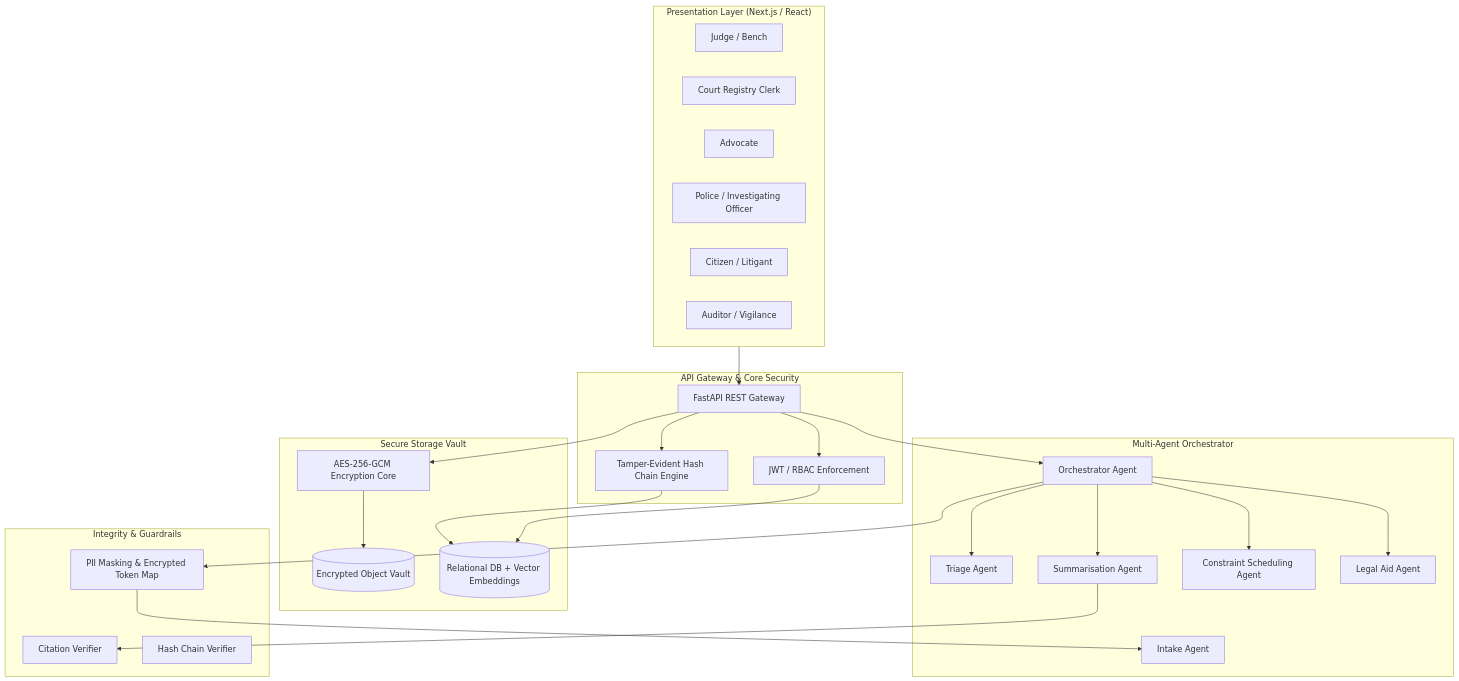
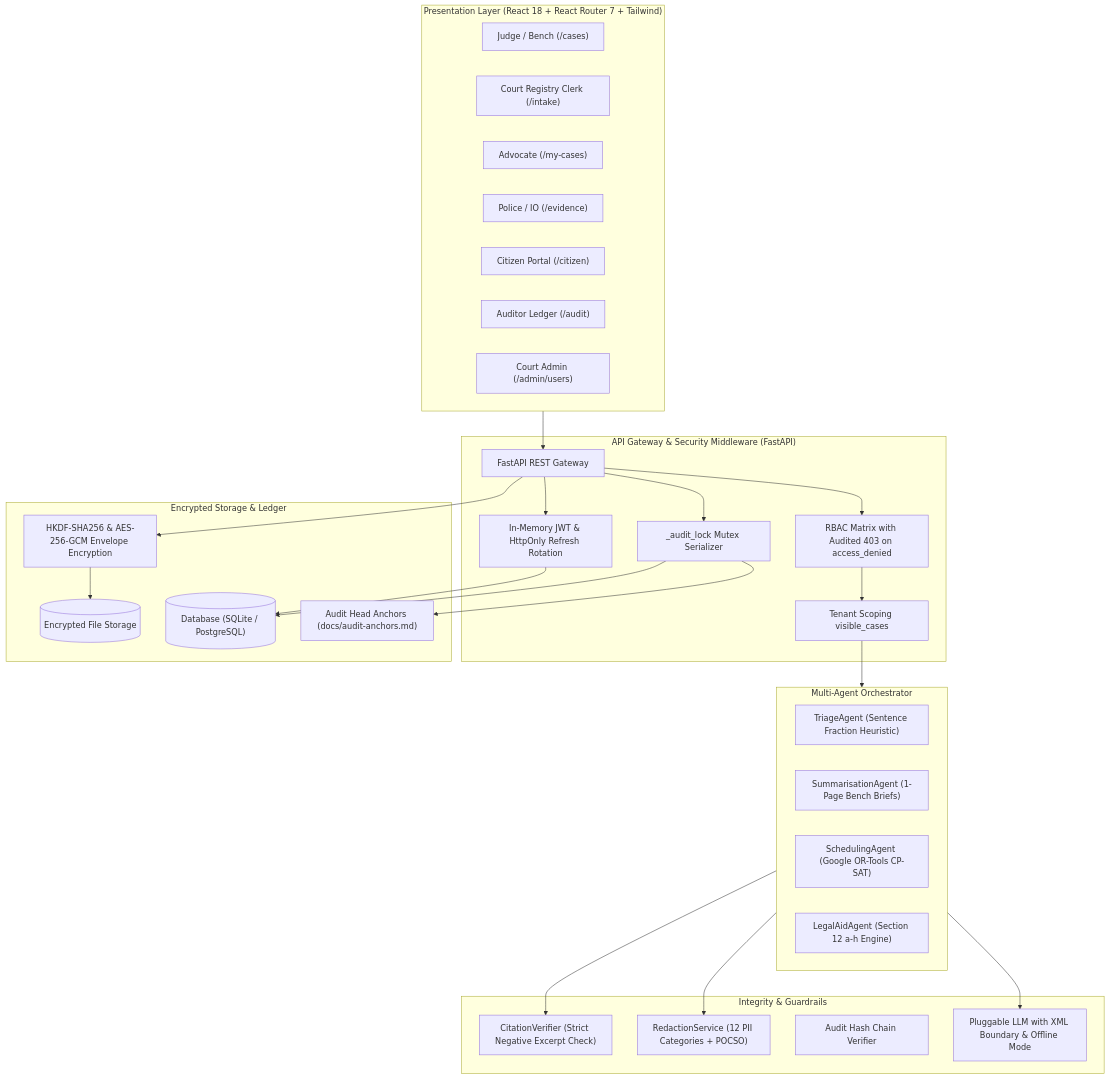
Before and after one commit to amrit0012vr/Nyayaflow: the diagram in docs/architecture.md, drawn with Mermaid. The commit also changed other lines of this file and 150 other files, not shown here.

````diff
--- a/docs/architecture.md
+++ b/docs/architecture.md
@@ -7,49 +7,51 @@
 ```mermaid
 flowchart TD
-    subgraph Clients["Presentation Layer (Next.js / React)"]
-        J[Judge / Bench]
-        C[Court Registry Clerk]
-        L[Advocate]
-        P[Police / Investigating Officer]
-        Z[Citizen / Litigant]
-        A[Auditor / Vigilance]
+    subgraph Clients["Presentation Layer (React 18 + React Router 7 + Tailwind)"]
+        J["Judge / Bench (/cases)"]
+        C["Court Registry Clerk (/intake)"]
+        L["Advocate (/my-cases)"]
+        P["Police / IO (/evidence)"]
+        Z["Citizen Portal (/citizen)"]
+        A["Auditor Ledger (/audit)"]
+        ADM["Court Admin (/admin/users)"]
     end
 
-    subgraph Gateway["API Gateway & Core Security"]
+    subgraph Security["API Gateway & Security Middleware (FastAPI)"]
         GW[FastAPI REST Gateway]
-        AUTH[JWT / RBAC Enforcement]
-        AUDIT[Tamper-Evident Hash Chain Engine]
-    end
-
-    subgraph Storage["Secure Storage Vault"]
-        ENC[AES-256-GCM Encryption Core]
-        VAULT[(Encrypted Object Vault)]
-        DB[(Relational DB + Vector Embeddings)]
+        AUTH[In-Memory JWT & HttpOnly Refresh Rotation]
+        RBAC[RBAC Matrix with Audited 403 on access_denied]
+        SCOPE[Tenant Scoping visible_cases]
+        LOCK[_audit_lock Mutex Serializer]
     end
 
     subgraph MultiAgent["Multi-Agent Orchestrator"]
-        ORC[Orchestrator Agent]
-        INT[Intake Agent]
-        TRI[Triage Agent]
-        SUM[Summarisation Agent]
-        SCH[Constraint Scheduling Agent]
-        LEG[Legal Aid Agent]
+        TRI["TriageAgent (Sentence Fraction Heuristic)"]
+        SUM["SummarisationAgent (1-Page Bench Briefs)"]
+        SCH["SchedulingAgent (Google OR-Tools CP-SAT)"]
+        LEG["LegalAidAgent (Section 12 a-h Engine)"]
     end
 
     subgraph Verification["Integrity & Guardrails"]
-        CV[Citation Verifier]
-        RED[PII Masking & Encrypted Token Map]
-        CH_VER[Hash Chain Verifier]
+        CV["CitationVerifier (Strict Negative Excerpt Check)"]
+        RED["RedactionService (12 PII Categories + POCSO)"]
+        CH_VER["Audit Hash Chain Verifier"]
+        LLM_FALLBACK["Pluggable LLM with XML Boundary & Offline Mode"]
+    end
+
+    subgraph Storage["Encrypted Storage & Ledger"]
+        ENC["HKDF-SHA256 & AES-256-GCM Envelope Encryption"]
+        VAULT[("Encrypted File Storage")]
+        DB[("Database (SQLite / PostgreSQL)")]
+        ANCHOR["Audit Head Anchors (docs/audit-anchors.md)"]
     end
 
     Clients --> GW
     GW --> AUTH --> DB
-    GW --> AUDIT --> DB
+    GW --> RBAC --> SCOPE --> MultiAgent
+    GW --> LOCK --> DB
     GW --> ENC --> VAULT
-    GW --> ORC
-    ORC --> RED --> INT
-    ORC --> TRI
-    ORC --> SUM --> CV
-    ORC --> SCH
-    ORC --> LEG
+    MultiAgent --> RED
+    MultiAgent --> CV
+    MultiAgent --> LLM_FALLBACK
+    LOCK --> ANCHOR
 ```
````
